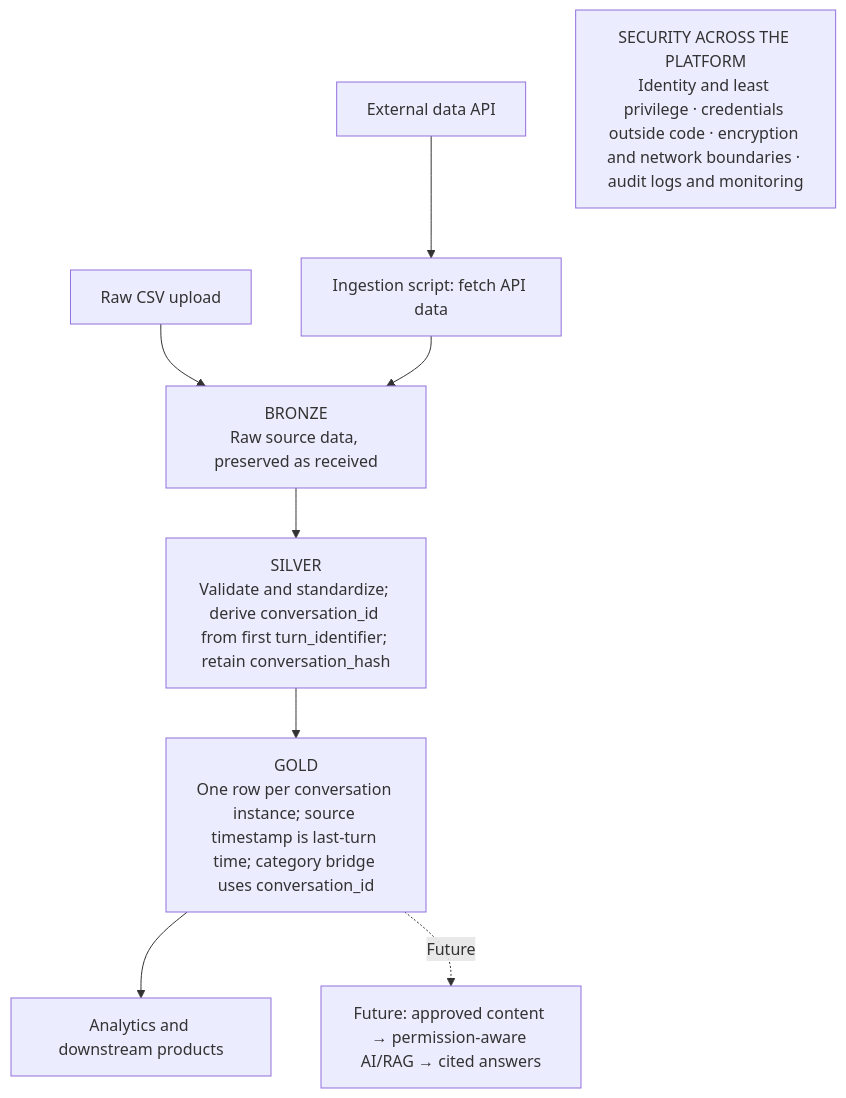
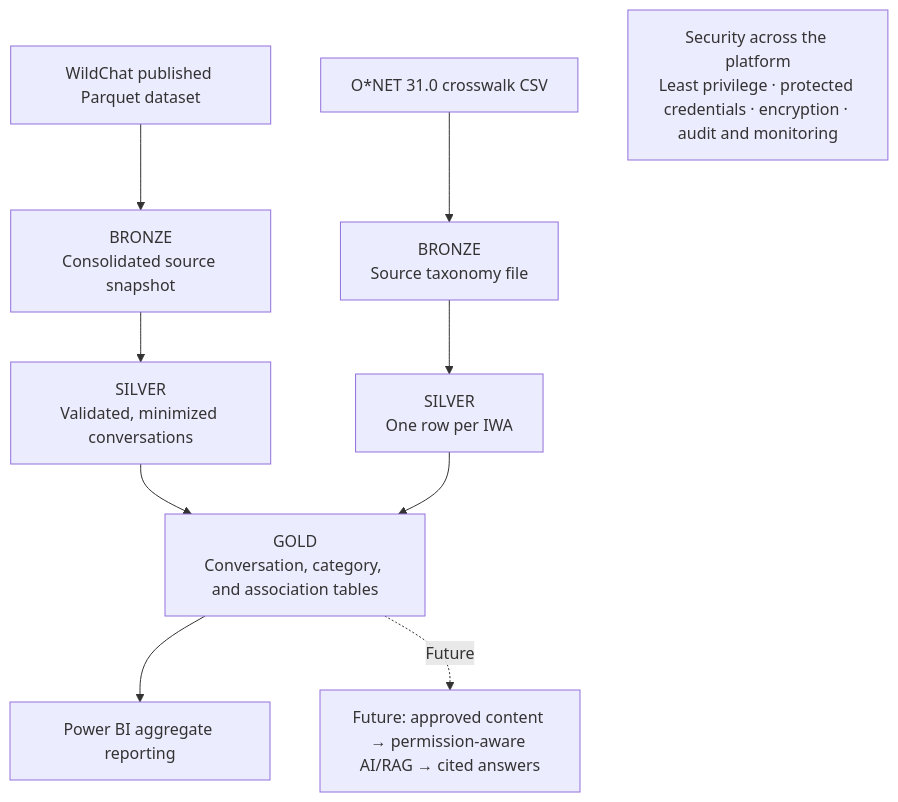
Before and after one commit to brian-amado/secure-ai-data-platform: the first of 2 diagrams in architecture/README.md, drawn with Mermaid. The commit also changed other lines of this file and 5 other files, not shown here.

````diff
--- a/architecture/README.md
+++ b/architecture/README.md
@@ -9,13 +7,12 @@
-```mermaid
+~~~mermaid
 flowchart TD
-    API[External data API] --> Ingest["Ingestion script: fetch API data"]
-    CSV[Raw CSV upload] --> Bronze
-    Ingest --> Bronze["BRONZE<br/>Raw source data, preserved as received"]
-    Bronze --> Silver["SILVER<br/>Validate and standardize; derive conversation_id from first turn_identifier; retain conversation_hash"]
-    Silver --> Gold["GOLD<br/>One row per conversation instance; source timestamp is last-turn time; category bridge uses conversation_id"]
-    Gold --> Consumers[Analytics and downstream products]
-
-    Gold -. Future .-> AIRAG["Future: approved content → permission-aware AI/RAG → cited answers"]
-
-    Controls["SECURITY ACROSS THE PLATFORM<br/>Identity and least privilege · credentials outside code · encryption and network boundaries · audit logs and monitoring"]
-```
+    WildChat["WildChat published Parquet dataset"] --> WB["BRONZE<br/>Consolidated source snapshot"]
+    ONET["O*NET 31.0 crosswalk CSV"] --> OB["BRONZE<br/>Source taxonomy file"]
+    WB --> WS["SILVER<br/>Validated, minimized conversations"]
+    OB --> OS["SILVER<br/>One row per IWA"]
+    WS --> GOLD["GOLD<br/>Conversation, category, and association tables"]
+    OS --> GOLD
+    GOLD --> PBI["Power BI aggregate reporting"]
+    GOLD -. Future .-> AIRAG["Future: approved content → permission-aware AI/RAG → cited answers"]
+    Controls["Security across the platform<br/>Least privilege · protected credentials · encryption · audit and monitoring"]
+~~~
````
